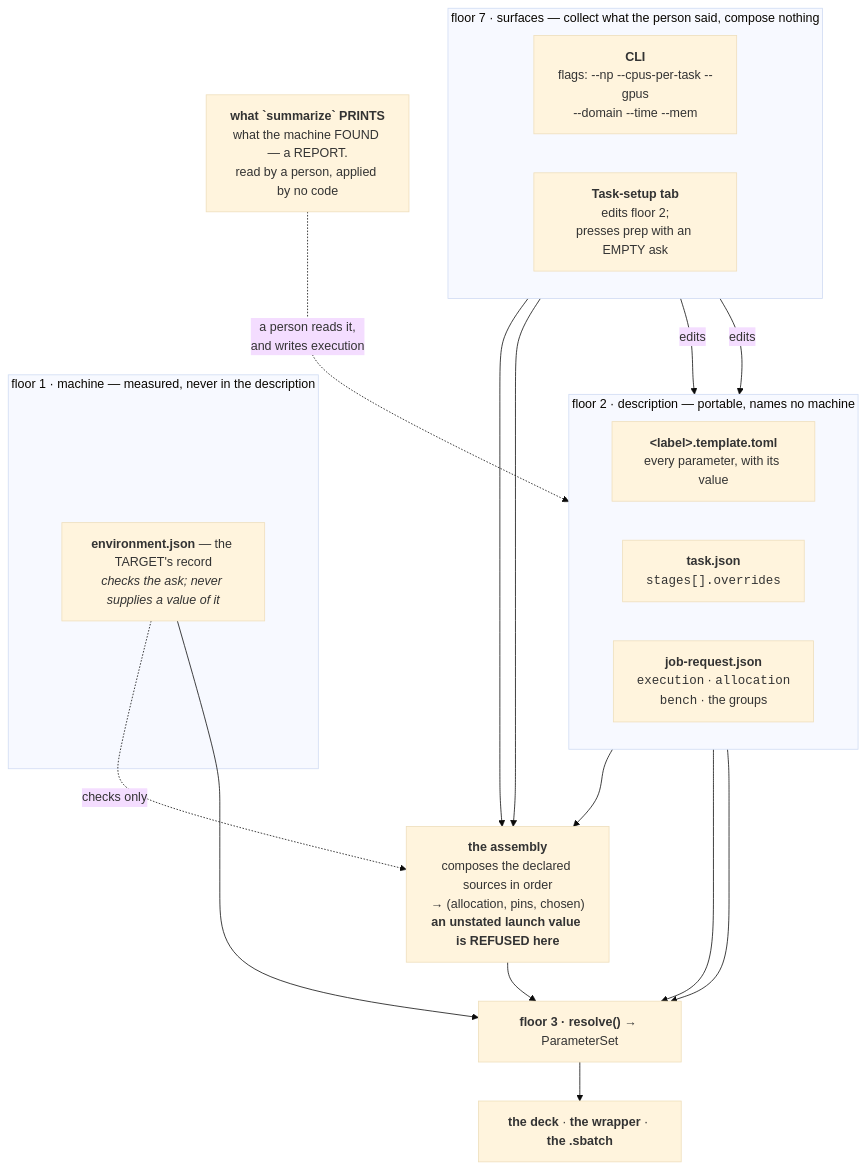
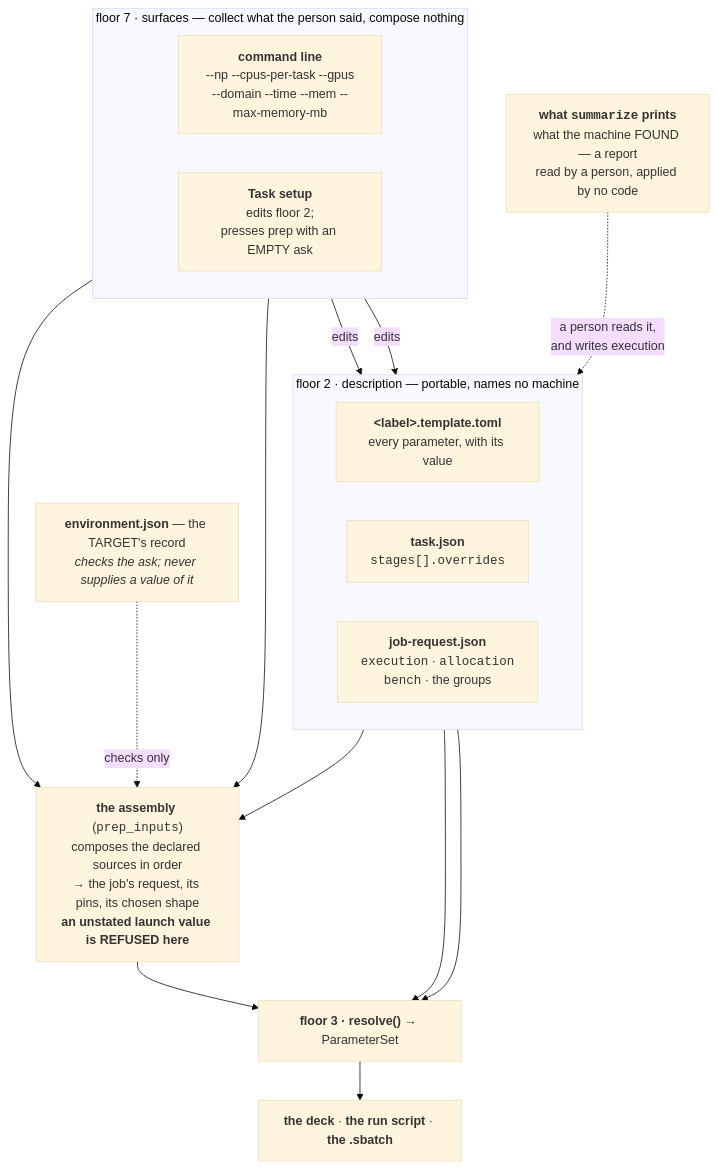
One commit to Qing-LAB/molbuilder changed the fourth of 7 diagrams in docs/execution/architecture.md. Above: the diagram before and after it, drawn with Mermaid (base theme). The commit also changed other lines of this file and 30 other files, not shown here.

````diff
--- a/docs/execution/architecture.md
+++ b/docs/execution/architecture.md
@@ -897,33 +934,30 @@
 ```mermaid
 flowchart TB
     subgraph SURF["floor 7 · surfaces — collect what the person said, compose nothing"]
         direction LR
-        CLI["<b>CLI</b><br/>flags: --np --cpus-per-task --gpus<br/>--domain --time --mem"]
-        WEB["<b>Task-setup tab</b><br/>edits floor 2;<br/>presses prep with an EMPTY ask"]
+        CLI["<b>command line</b><br/>--np --cpus-per-task --gpus<br/>--domain --time --mem --max-memory-mb"]
+        WEB["<b>Task setup</b><br/>edits floor 2;<br/>presses prep with an EMPTY ask"]
     end
     subgraph DESC["floor 2 · description — portable, names no machine"]
         direction LR
         TMPL["<b>&lt;label&gt;.template.toml</b><br/>every parameter, with its value"]
         TASK["<b>task.json</b><br/><code>stages[].overrides</code>"]
         JREQ["<b>job-request.json</b><br/><code>execution</code> · <code>allocation</code><br/><code>bench</code> · the groups"]
     end
-    subgraph MACH["floor 1 · machine — measured, never in the description"]
-        ENV["<b>environment.json</b> — the TARGET's record<br/><i>checks the ask; never supplies a value of it</i>"]
-    end
-    VERD["<b>what `summarize` PRINTS</b><br/>what the machine FOUND — a REPORT.<br/>read by a person, applied by no code"]
-    ASM["<b>the assembly</b><br/>composes the declared sources in order<br/>→ (allocation, pins, chosen)<br/><b>an unstated launch value is REFUSED here</b>"]
+    ENV["<b>environment.json</b> — the TARGET's record<br/><i>checks the ask; never supplies a value of it</i>"]
+    VERD["<b>what <code>summarize</code> prints</b><br/>what the machine FOUND — a report<br/>read by a person, applied by no code"]
+    ASM["<b>the assembly</b> (<code>prep_inputs</code>)<br/>composes the declared sources in order<br/>→ the job's request, its pins, its chosen shape<br/><b>an unstated launch value is REFUSED here</b>"]
     RES["<b>floor 3 · resolve()</b> → ParameterSet"]
-    OUT["<b>the deck</b> · <b>the wrapper</b> · <b>the .sbatch</b>"]
+    OUT["<b>the deck</b> · <b>the run script</b> · <b>the .sbatch</b>"]
     WEB -->|edits| TASK
     WEB -->|edits| JREQ
     CLI --> ASM
     WEB --> ASM
     JREQ --> ASM
     VERD -.->|"a person reads it,<br/>and writes execution"| JREQ
     ENV -.->|"checks only"| ASM
     ASM --> RES
     TMPL --> RES
     TASK --> RES
-    ENV --> RES
     RES --> OUT
 ```
````
